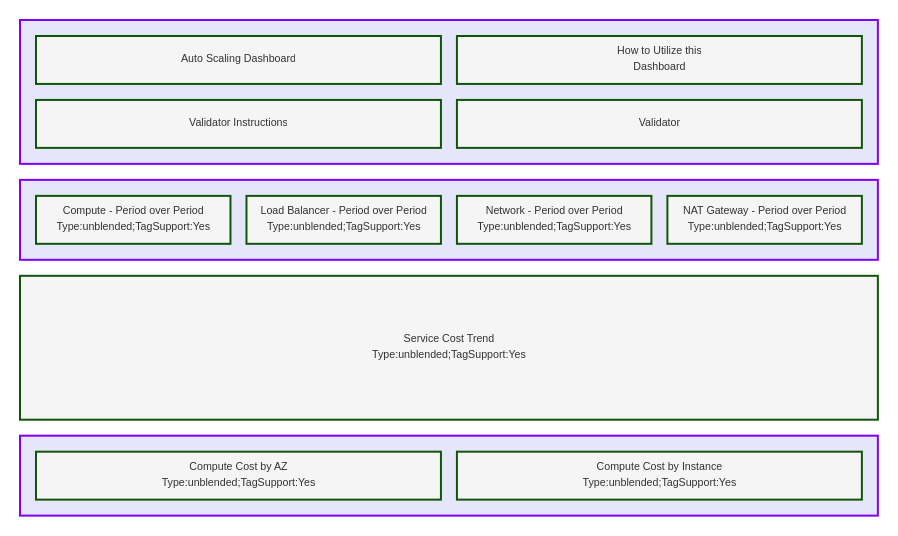
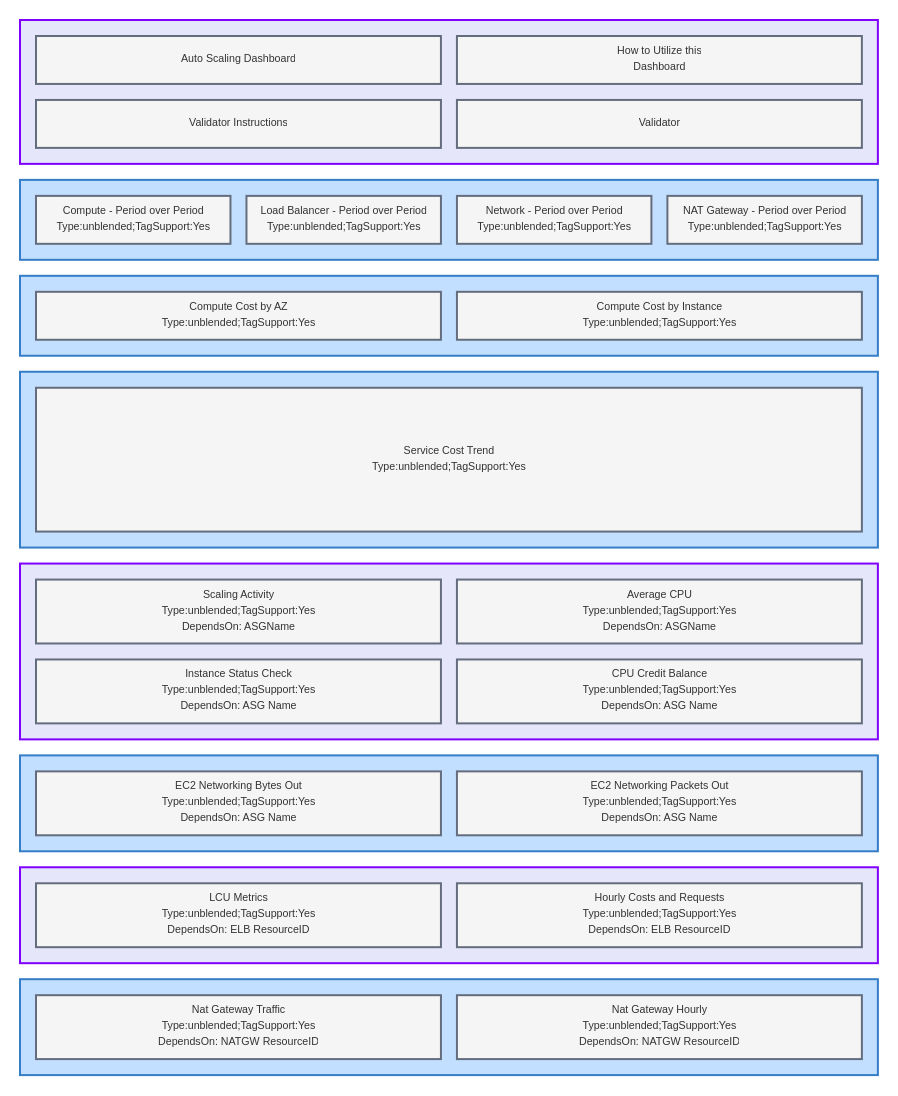
The diagram in grafana_dashboards/auto_scaling/README.md (aws-samples/coast-grafana-cost-intelligence-dashboards), drawn with Mermaid (forest theme) before and after one commit. The commit also changed other lines of this file, not shown here.

Commit message:
updated layout with mermaid in readme

````diff
--- a/grafana_dashboards/auto_scaling/README.md
+++ b/grafana_dashboards/auto_scaling/README.md
@@ -16,5 +26,7 @@
 ```mermaid
 block-beta
+
+  columns 4
 
   block:Instructions:4
     columns 2
@@ -38,10 +50,6 @@
     Type:unblended;TagSupport:Yes"]
   end
 
-  columns 4
-  b5["Service Cost Trend
-  Type:unblended;TagSupport:Yes"]:4
-
   block:computeCosts:4
     b6["Compute Cost by AZ
     Type:unblended;TagSupport:Yes"]
@@ -49,11 +57,81 @@
     Type:unblended;TagSupport:Yes"]
   end 
 
-  classDef defaultBox fill:#E6E6FA,stroke:#7F00FF,stroke-width:1px;
-  classDef notagClass fill:#F5F5F5,font-size:4pt  
-  classDef seperators font-size:2pt,width:100%
+  block:serviceTrends:4
+    b5["Service Cost Trend
+    Type:unblended;TagSupport:Yes"]
+  end
+
+  block:computeActivity:4
+    columns 2
+    c1["Scaling Activity
+    Type:unblended;TagSupport:Yes
+    DependsOn: ASGName"]
+    c2["Average CPU
+    Type:unblended;TagSupport:Yes
+    DependsOn: ASGName"]
+    
+    c3["Instance Status Check
+    Type:unblended;TagSupport:Yes
+    DependsOn: ASG Name"]
+    c4["CPU Credit Balance
+    Type:unblended;TagSupport:Yes
+    DependsOn: ASG Name"]
+  end 
+
+  block:networkingActivity:4
+    columns 2
+    d1["EC2 Networking Bytes Out
+    Type:unblended;TagSupport:Yes
+    DependsOn: ASG Name"]
+
+    d2["EC2 Networking Packets Out
+    Type:unblended;TagSupport:Yes
+    DependsOn: ASG Name"]
+  end
+
+  block:elbActivity:4
+    columns 2
+    e1["LCU Metrics
+    Type:unblended;TagSupport:Yes
+    DependsOn: ELB ResourceID"]
+
+    e2["Hourly Costs and Requests
+    Type:unblended;TagSupport:Yes
+    DependsOn: ELB ResourceID"]
+  end
+
+  block:natgwActivity:4
+    columns 2
+    f1["Nat Gateway Traffic
+    Type:unblended;TagSupport:Yes
+    DependsOn: NATGW ResourceID"]
+
+    f2["Nat Gateway Hourly
+    Type:unblended;TagSupport:Yes
+    DependsOn: NATGW ResourceID"]
+  end
+
   
-  class Instructions,workloadCostTrends,computeCosts defaultBox
-  class a1,a2,a3,a4,b1,b2,b3,b4,b5,b6,b7 notagClass
-  class sep1 seperators
+
+  classDef section1 fill:#E6E6FA,stroke:#7F00FF,stroke-width:1px;
+  classDef section2 fill:#C2DFFF,stroke:#357EC7,stroke-width:1px;
+  classDef tagClass fill:#F5F5F5,font-size:4pt,stroke:#646D7E 
+  classDef notagClass fill:#E0FFFF,font-size:4pt,stroke:#646D7E 
+  
+  class Instructions,computeActivity,elbActivity section1
+  class computeCosts,serviceTrends,workloadCostTrends,networkingActivity,natgwActivity section2
+  class a1,a2,a3,a4,b1,b2,b3,b4,b5,b6,b7,c1,c2,c3,c4 tagClass
+  class d1,d2,e1,e2,f1,f2 tagClass
+
+  classDef section1 fill:#E6E6FA,stroke:#7F00FF,stroke-width:1px;
+  classDef section2 fill:#C2DFFF,stroke:#357EC7,stroke-width:1px;
+  classDef tagClass fill:#F5F5F5,font-size:4pt,stroke:#646D7E 
+  classDef notagClass fill:#E0FFFF,font-size:4pt,stroke:#646D7E 
+  
+  class Instructions,computeActivity,elbActivity section1
+  class computeCosts,serviceTrends,workloadCostTrends,networkingActivity section2
+  class a1,a2,a3,a4,b1,b2,b3,b4,b5,b6,b7,c1,c2,c3,c4 tagClass
+  class d1,d2,e1,e2 tagClass
+
 ```
````
